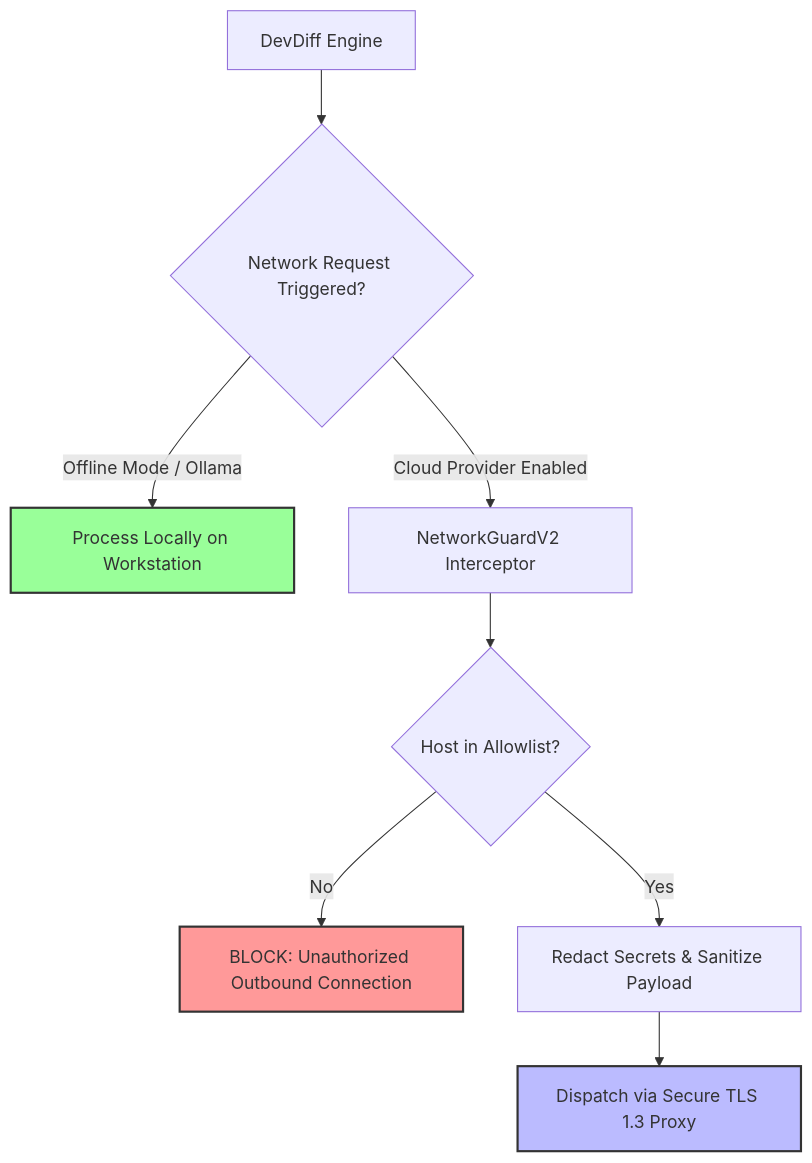
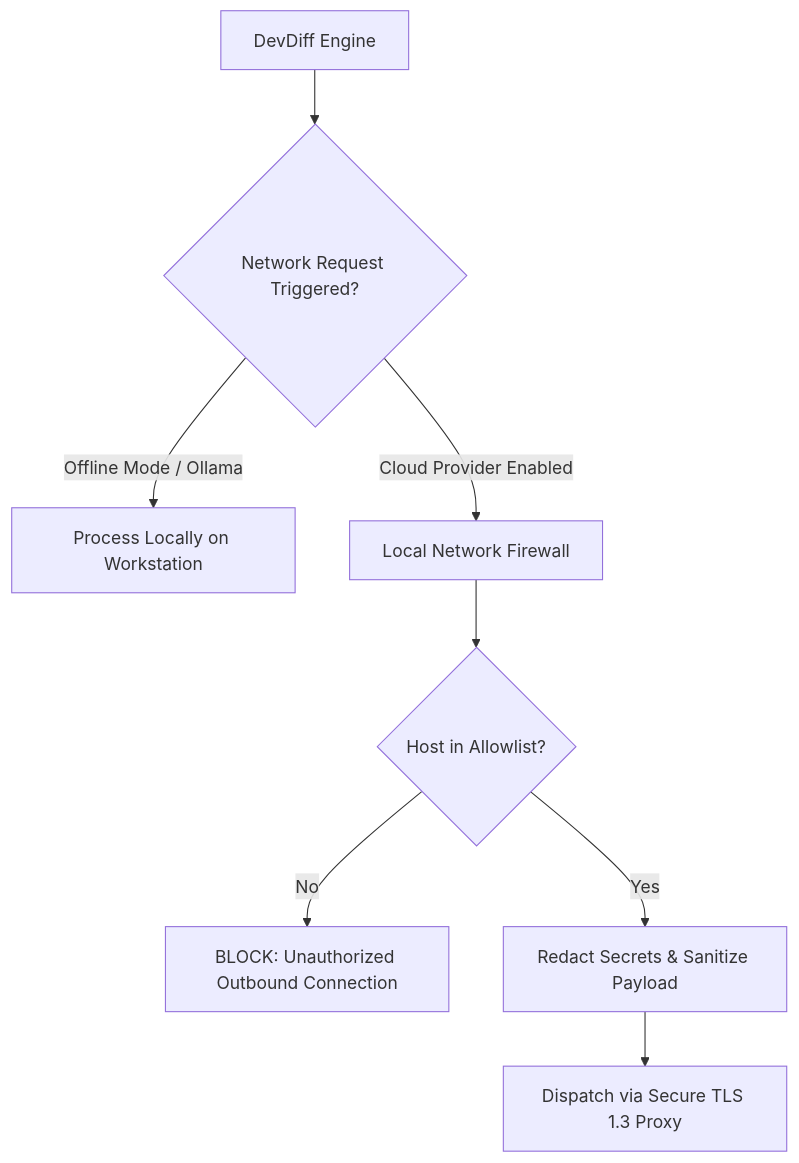
Before and after one commit to EldrexDelosReyesBula/DevDiff: the diagram in docs/security/network-guard.md, drawn with Mermaid. The commit also changed other lines of this file and 187 other files, not shown here.

First line of the commit message:
release: v1.8.0 — multi-registry distribution, plugin architecture & documentation overhaul

````diff
--- a/docs/security/network-guard.md
+++ b/docs/security/network-guard.md
@@ -11,14 +11,10 @@
 ```mermaid
 flowchart TD
     A[DevDiff Engine] --> B{Network Request Triggered?}
     B -->|Offline Mode / Ollama| C[Process Locally on Workstation]
-    B -->|Cloud Provider Enabled| D[NetworkGuardV2 Interceptor]
+    B -->|Cloud Provider Enabled| D[Local Network Firewall]
     D --> E{Host in Allowlist?}
     E -->|No| F[BLOCK: Unauthorized Outbound Connection]
     E -->|Yes| G[Redact Secrets & Sanitize Payload]
     G --> H[Dispatch via Secure TLS 1.3 Proxy]
-
-    style C fill:#9f9,stroke:#333,stroke-width:2px
-    style F fill:#f99,stroke:#333,stroke-width:2px
-    style H fill:#bbf,stroke:#333,stroke-width:2px
 ```
````
